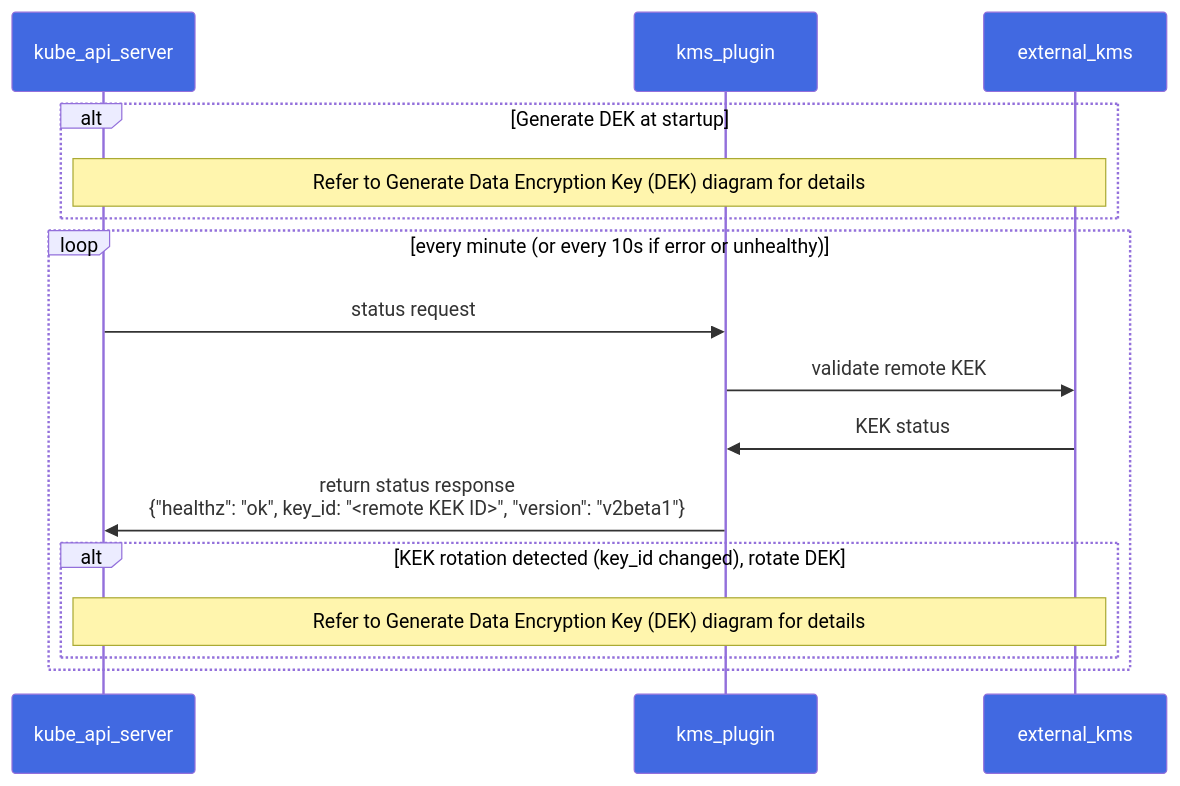
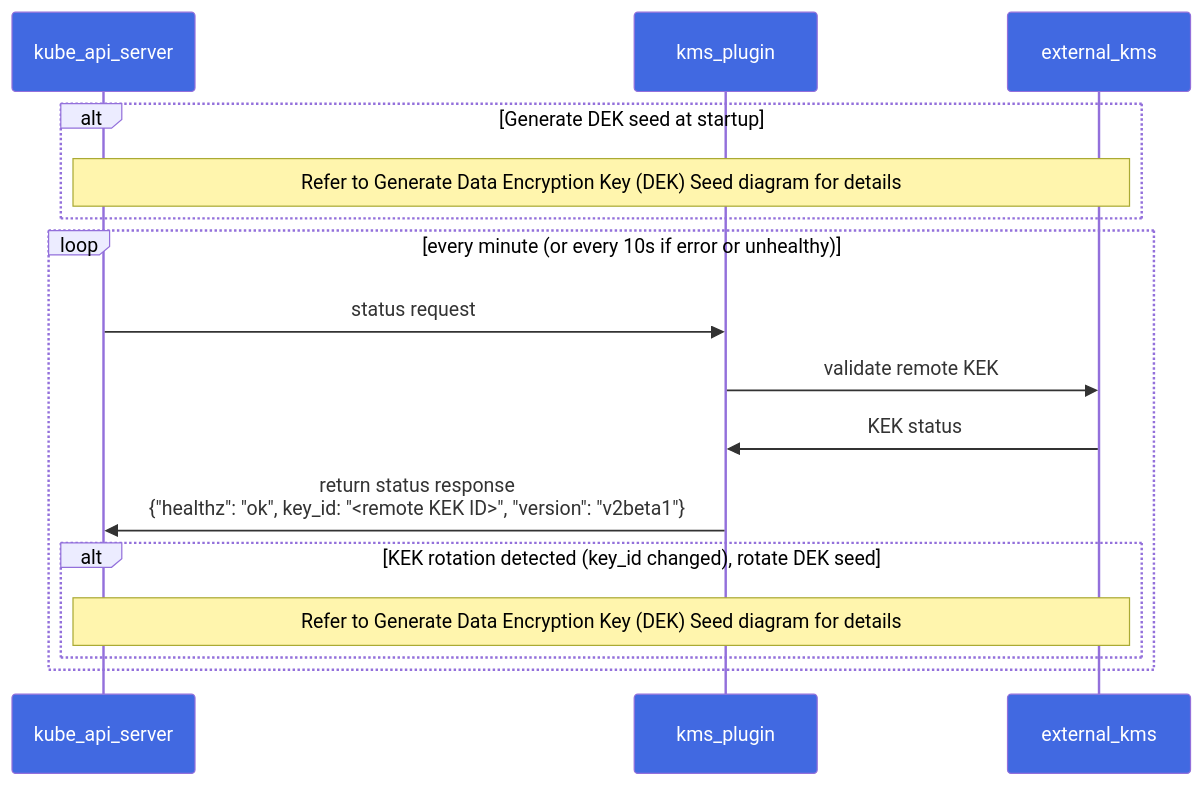
One commit to kubernetes/enhancements changed the third of 6 diagrams in keps/sig-auth/3299-kms-v2-improvements/README.md. Above: the diagram before and after it, drawn with Mermaid. The commit also changed other lines of this file, not shown here.

````diff
--- a/keps/sig-auth/3299-kms-v2-improvements/README.md
+++ b/keps/sig-auth/3299-kms-v2-improvements/README.md
@@ -303,24 +334,24 @@
 ```mermaid
 %%{init:{"sequence": {"mirrorActors":true},
     "themeVariables": {
         "actorBkg":"royalblue",
         "actorTextColor":"white"
 }}}%%
 
 sequenceDiagram
     participant kube_api_server
     participant kms_plugin
     participant external_kms
-    alt Generate DEK at startup
-        Note over kube_api_server,external_kms: Refer to Generate Data Encryption Key (DEK) diagram for details
+    alt Generate DEK seed at startup
+        Note over kube_api_server,external_kms: Refer to Generate Data Encryption Key (DEK) Seed diagram for details
     end
     loop every minute (or every 10s if error or unhealthy)
         kube_api_server->>kms_plugin: status request
         kms_plugin->>external_kms: validate remote KEK
         external_kms->>kms_plugin: KEK status
         kms_plugin->>kube_api_server: return status response <br/> {"healthz": "ok", key_id: "<remote KEK ID>", "version": "v2beta1"}
-        alt KEK rotation detected (key_id changed), rotate DEK
-            Note over kube_api_server,external_kms: Refer to Generate Data Encryption Key (DEK) diagram for details
+        alt KEK rotation detected (key_id changed), rotate DEK seed
+            Note over kube_api_server,external_kms: Refer to Generate Data Encryption Key (DEK) Seed diagram for details
         end
     end
 ```
````
